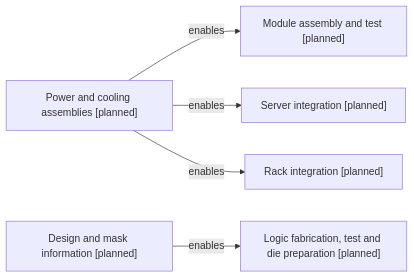
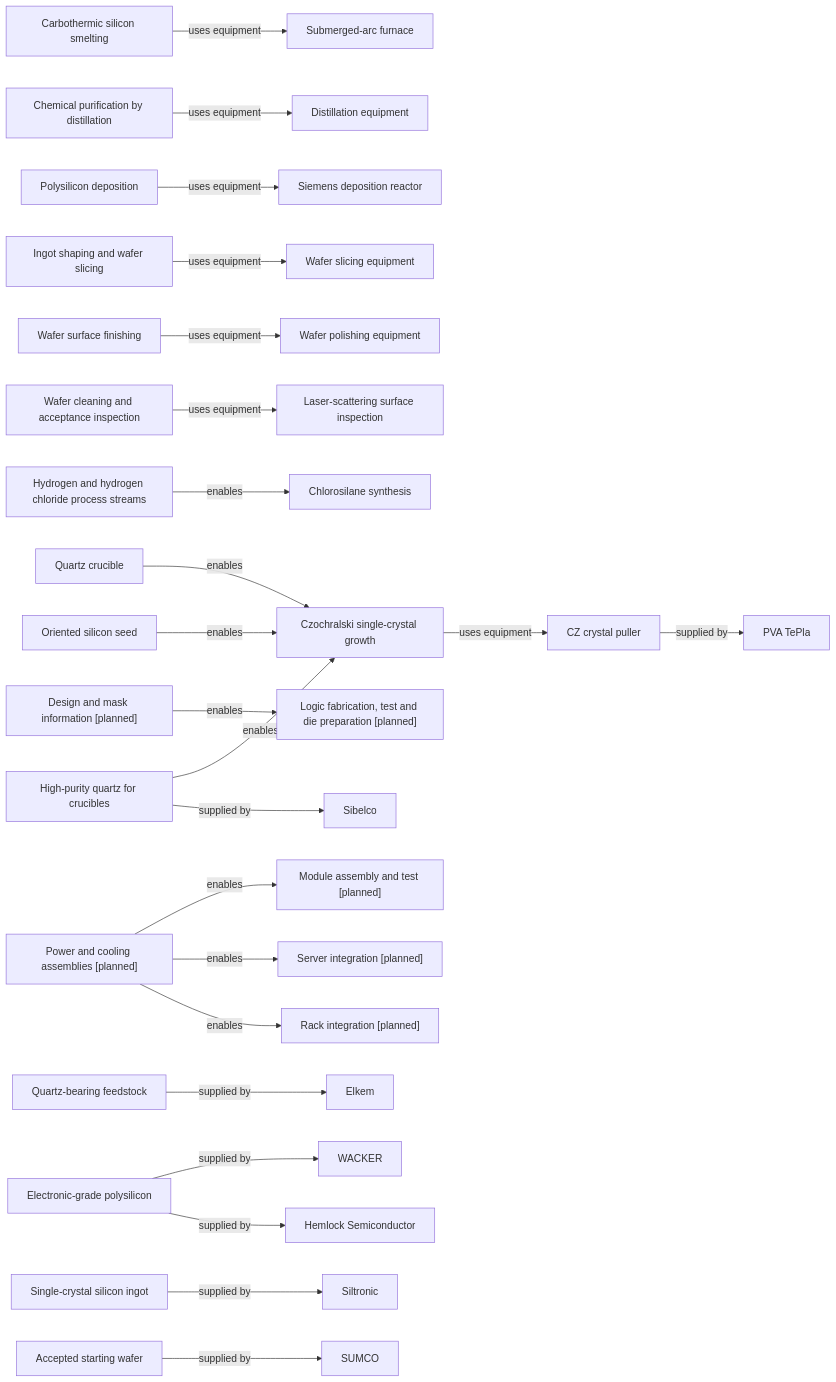
The diagram in assets/process_flows/map_enabling_inputs.mmd (samuelianrich/semiconductor-manufacturing-kb), drawn with Mermaid before and after one commit. The commit also changed 84 other files, not shown here.

```diff
--- a/assets/process_flows/map_enabling_inputs.mmd
+++ b/assets/process_flows/map_enabling_inputs.mmd
@@ -1,11 +1,59 @@
 flowchart LR
   ART_0041["Power and cooling assemblies [planned]"]
   ART_0042["Design and mask information [planned]"]
+  EQ_0001["Submerged-arc furnace"]
+  EQ_0002["Distillation equipment"]
+  EQ_0003["Siemens deposition reactor"]
+  EQ_0004["CZ crystal puller"]
+  EQ_0005["Wafer slicing equipment"]
+  EQ_0006["Wafer polishing equipment"]
+  EQ_0007["Laser-scattering surface inspection"]
+  MAT_0001["Quartz-bearing feedstock"]
+  MAT_0006["Electronic-grade polysilicon"]
+  MAT_0007["Single-crystal silicon ingot"]
+  MAT_0010["Accepted starting wafer"]
+  MAT_0012["High-purity quartz for crucibles"]
+  MAT_0013["Quartz crucible"]
+  MAT_0014["Hydrogen and hydrogen chloride process streams"]
+  MAT_0015["Oriented silicon seed"]
+  PROC_0002["Carbothermic silicon smelting"]
+  PROC_0003["Chlorosilane synthesis"]
+  PROC_0004["Chemical purification by distillation"]
+  PROC_0005["Polysilicon deposition"]
+  PROC_0006["Czochralski single-crystal growth"]
+  PROC_0007["Ingot shaping and wafer slicing"]
+  PROC_0008["Wafer surface finishing"]
+  PROC_0009["Wafer cleaning and acceptance inspection"]
   PROC_0030["Logic fabrication, test and die preparation [planned]"]
   PROC_0038["Module assembly and test [planned]"]
   PROC_0039["Server integration [planned]"]
   PROC_0040["Rack integration [planned]"]
+  SUP_0001["Elkem"]
+  SUP_0002["Sibelco"]
+  SUP_0003["WACKER"]
+  SUP_0004["Hemlock Semiconductor"]
+  SUP_0005["PVA TePla"]
+  SUP_0006["Siltronic"]
+  SUP_0007["SUMCO"]
   ART_0042 -->|"enables"| PROC_0030
   ART_0041 -->|"enables"| PROC_0038
   ART_0041 -->|"enables"| PROC_0039
   ART_0041 -->|"enables"| PROC_0040
+  PROC_0002 -->|"uses equipment"| EQ_0001
+  PROC_0004 -->|"uses equipment"| EQ_0002
+  PROC_0005 -->|"uses equipment"| EQ_0003
+  PROC_0006 -->|"uses equipment"| EQ_0004
+  PROC_0007 -->|"uses equipment"| EQ_0005
+  PROC_0008 -->|"uses equipment"| EQ_0006
+  PROC_0009 -->|"uses equipment"| EQ_0007
+  MAT_0012 -->|"enables"| PROC_0006
+  MAT_0013 -->|"enables"| PROC_0006
+  MAT_0014 -->|"enables"| PROC_0003
+  MAT_0015 -->|"enables"| PROC_0006
+  MAT_0001 -->|"supplied by"| SUP_0001
+  MAT_0012 -->|"supplied by"| SUP_0002
+  MAT_0006 -->|"supplied by"| SUP_0003
+  MAT_0006 -->|"supplied by"| SUP_0004
+  EQ_0004 -->|"supplied by"| SUP_0005
+  MAT_0007 -->|"supplied by"| SUP_0006
+  MAT_0010 -->|"supplied by"| SUP_0007
```
